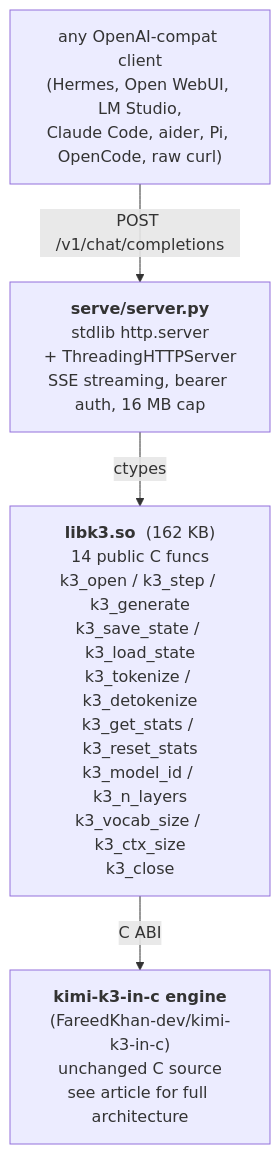
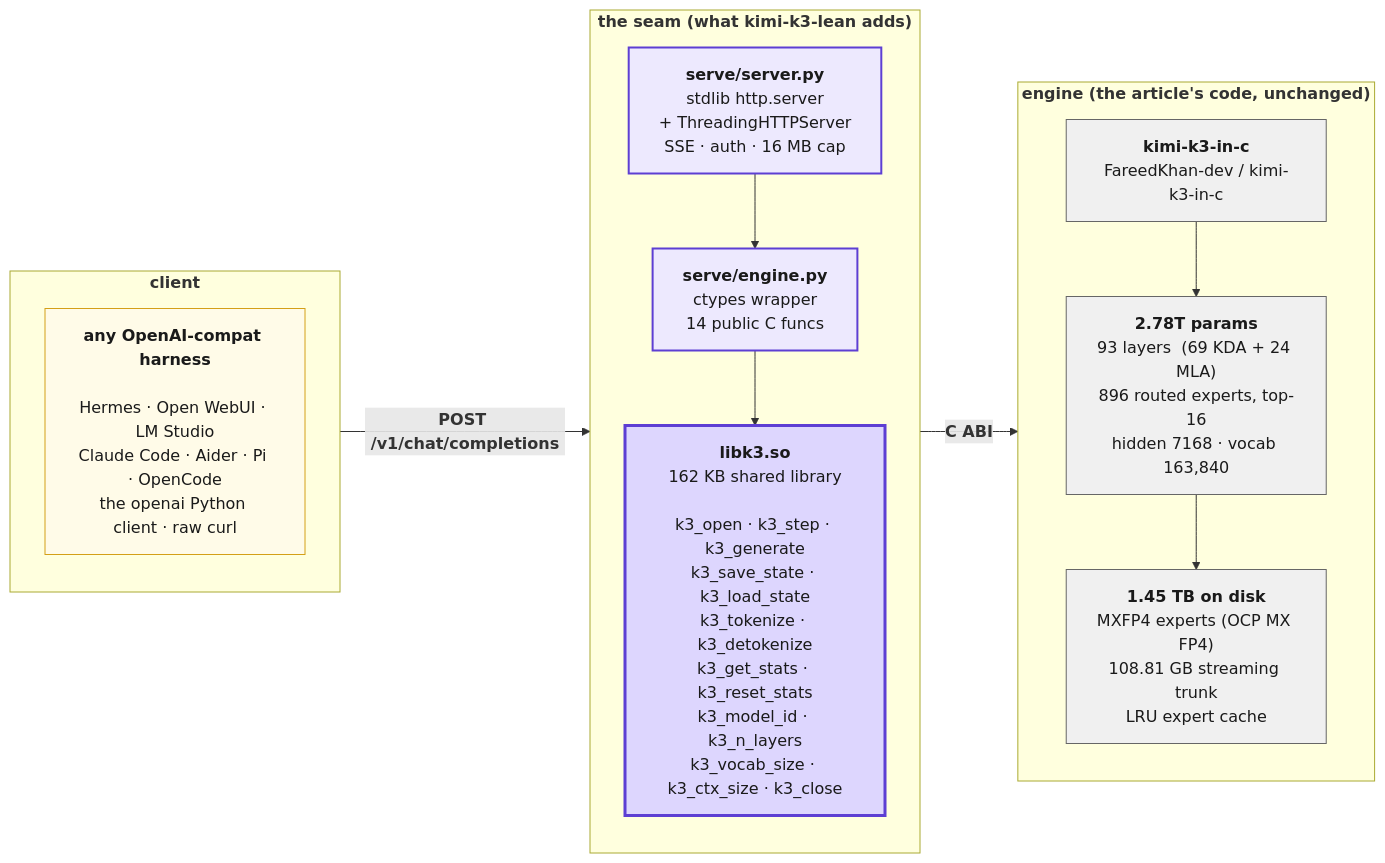
Before and after one commit to chazhyseni/kimi-k3-lean: the diagram in README.md, drawn with Mermaid. The commit also changed other lines of this file, not shown here.

First paragraph of the commit message:
Architecture: 3-column Mermaid diagram showing only the seam
Replaces the previous Mermaid attempt with a properly designed one. Pure
mermaid, no Graphviz; renders natively on GitHub.

````diff
--- a/README.md
+++ b/README.md
@@ -142,16 +143,46 @@
 ```mermaid
-flowchart TB
-    client["any OpenAI-compat client<br/>(Hermes, Open WebUI, LM Studio,<br/>Claude Code, aider, Pi, OpenCode, raw curl)"]
+%%{init: {'theme': 'base', 'themeVariables': {
+  'primaryColor': '#f5f3ff',
+  'primaryBorderColor': '#5d3fd3',
+  'primaryTextColor': '#1a1a1a',
+  'lineColor': '#5d3fd3',
+  'tertiaryColor': '#f0fdf4',
+  'fontFamily': 'Helvetica, Arial, sans-serif',
+  'fontSize': '13px'
+}}%%
+flowchart LR
+    subgraph client["<b>client</b>"]
+        direction TB
+        h1["<b>any OpenAI-compat harness</b><br/><br/>Hermes · Open WebUI · LM Studio<br/>Claude Code · Aider · Pi · OpenCode<br/>the openai Python client · raw curl"]
+        style h1 fill:#fffbe8,stroke:#d4a017,stroke-width:1px,color:#1a1a1a
+    end
 
-    server["<b>serve/server.py</b><br/>stdlib http.server<br/>+ ThreadingHTTPServer<br/>SSE streaming, bearer auth, 16 MB cap"]
+    subgraph seam["<b>the seam  (what kimi-k3-lean adds)</b>"]
+        direction TB
+        s1["<b>serve/server.py</b><br/>stdlib http.server<br/>+ ThreadingHTTPServer<br/>SSE · auth · 16 MB cap"]
+        s2["<b>serve/engine.py</b><br/>ctypes wrapper<br/>14 public C funcs"]
+        s3["<b>libk3.so</b><br/>162 KB shared library<br/><br/>k3_open · k3_step · k3_generate<br/>k3_save_state · k3_load_state<br/>k3_tokenize · k3_detokenize<br/>k3_get_stats · k3_reset_stats<br/>k3_model_id · k3_n_layers<br/>k3_vocab_size · k3_ctx_size · k3_close"]
+        s1 --> s2
+        s2 --> s3
+        style s1 fill:#ede9fe,stroke:#5d3fd3,stroke-width:2px,color:#1a1a1a
+        style s2 fill:#ede9fe,stroke:#5d3fd3,stroke-width:2px,color:#1a1a1a
+        style s3 fill:#ddd6fe,stroke:#5d3fd3,stroke-width:3px,color:#1a1a1a
+    end
 
-    libk3["<b>libk3.so</b>  (162 KB)<br/>14 public C funcs<br/>k3_open / k3_step / k3_generate<br/>k3_save_state / k3_load_state<br/>k3_tokenize / k3_detokenize<br/>k3_get_stats / k3_reset_stats<br/>k3_model_id / k3_n_layers<br/>k3_vocab_size / k3_ctx_size<br/>k3_close"]
+    subgraph engine["<b>engine  (the article's code, unchanged)</b>"]
+        direction TB
+        e1["<b>kimi-k3-in-c</b><br/>FareedKhan-dev / kimi-k3-in-c"]
+        e2["<b>2.78T params</b><br/>93 layers  (69 KDA + 24 MLA)<br/>896 routed experts, top-16<br/>hidden 7168 · vocab 163,840"]
+        e3["<b>1.45 TB on disk</b><br/>MXFP4 experts (OCP MX FP4)<br/>108.81 GB streaming trunk<br/>LRU expert cache"]
+        e1 --> e2 --> e3
+        style e1 fill:#f0f0f0,stroke:#666666,stroke-width:1px,color:#1a1a1a
+        style e2 fill:#f0f0f0,stroke:#666666,stroke-width:1px,color:#1a1a1a
+        style e3 fill:#f0f0f0,stroke:#666666,stroke-width:1px,color:#1a1a1a
+    end
 
-    engine["<b>kimi-k3-in-c engine</b><br/>(FareedKhan-dev/kimi-k3-in-c)<br/>unchanged C source<br/>see article for full architecture"]
+    h1 -->|<b>POST /v1/chat/completions</b>| s1
+    s3 -->|<b>C ABI</b>| e1
 
-    client -- "POST /v1/chat/completions" --> server
-    server -- "ctypes" --> libk3
-    libk3 -- "C ABI" --> engine
-
-    click engine "https://github.com/FareedKhan-dev/kimi-k3-in-c" "view the engine on GitHub"
+    click e1 "https://github.com/FareedKhan-dev/kimi-k3-in-c" "view the engine on GitHub"
+    click e3 "https://github.com/FareedKhan-dev/kimi-k3-in-c/blob/main/docs/PERFORMANCE.md" "the article's measured data"
 ```
````
